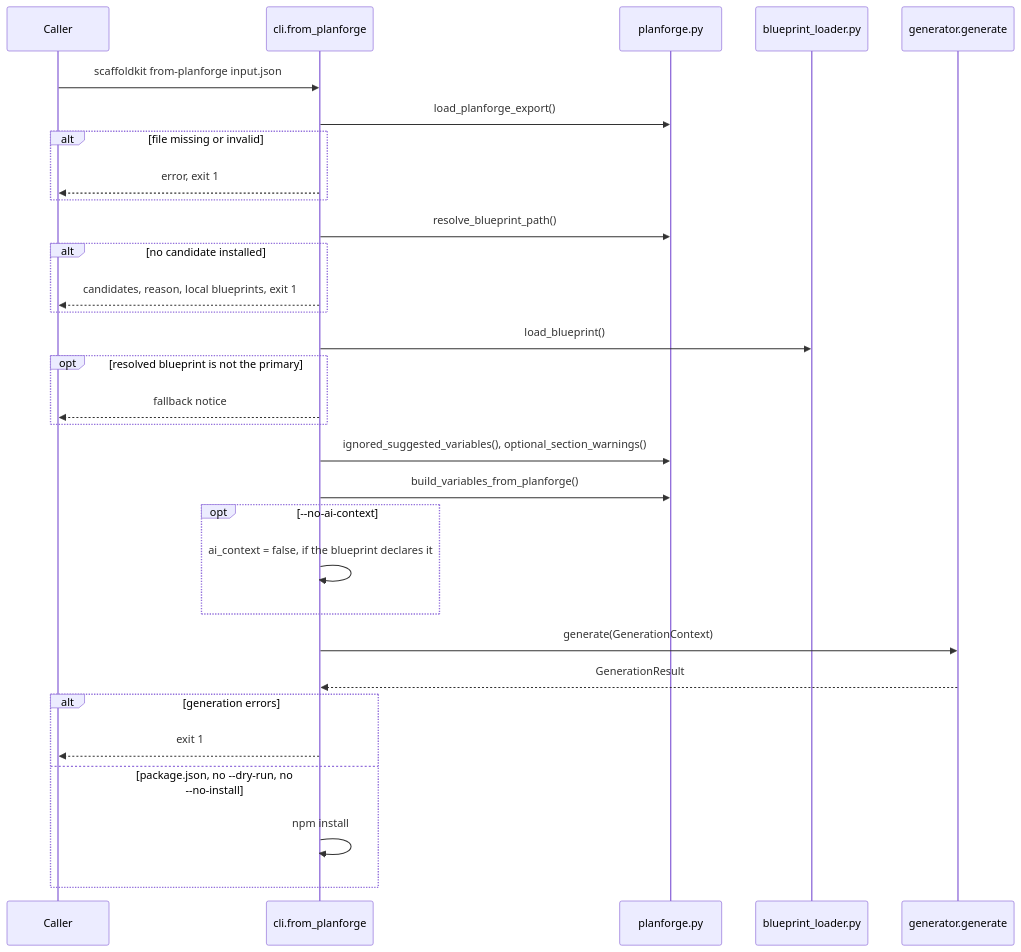
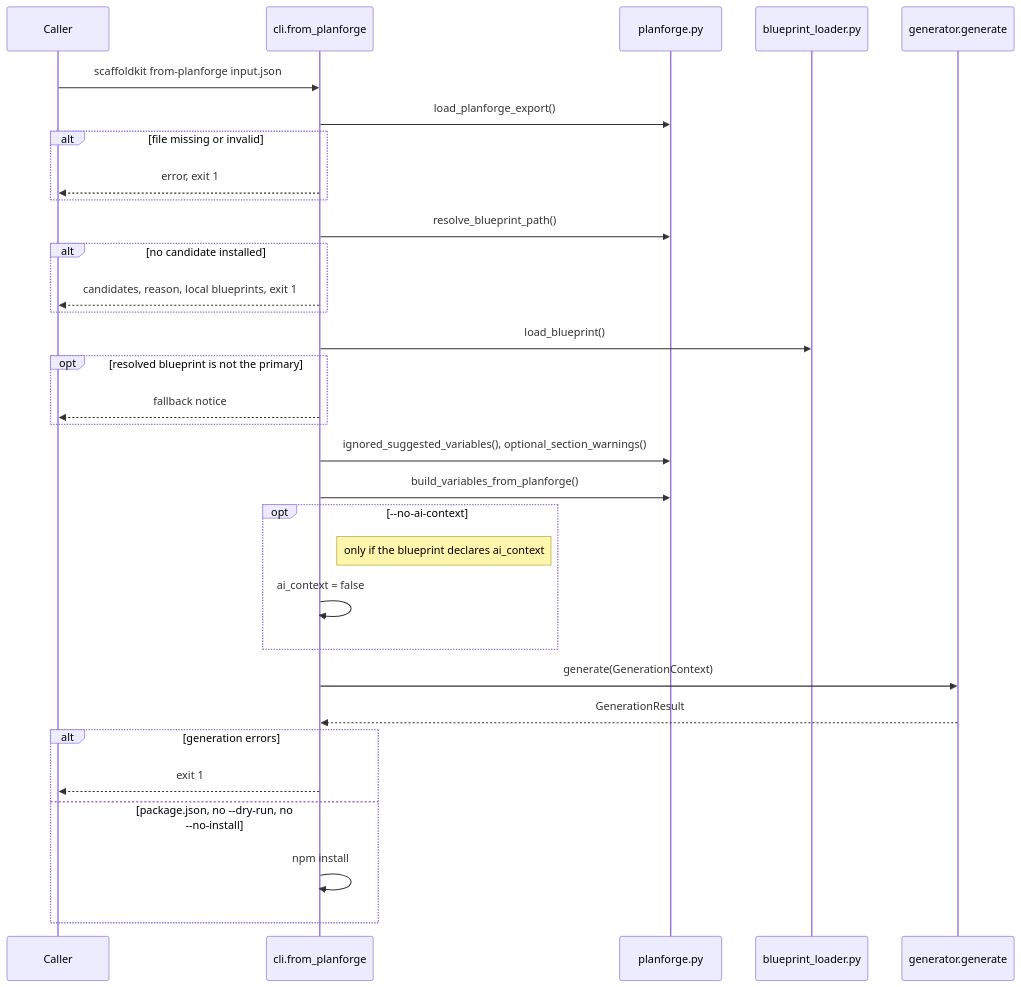
The diagram in docs/planforge-integration.md (LanNguyenSi/scaffoldkit), drawn with Mermaid before and after one commit. The commit also changed 3 other files, not shown here.

````diff
--- a/docs/planforge-integration.md
+++ b/docs/planforge-integration.md
@@ -19,33 +19,34 @@
 ```mermaid
 sequenceDiagram
     participant U as Caller
     participant CLI as cli.from_planforge
     participant PF as planforge.py
     participant L as blueprint_loader.py
     participant G as generator.generate
     U->>CLI: scaffoldkit from-planforge input.json
     CLI->>PF: load_planforge_export()
     alt file missing or invalid
         CLI-->>U: error, exit 1
     end
     CLI->>PF: resolve_blueprint_path()
     alt no candidate installed
         CLI-->>U: candidates, reason, local blueprints, exit 1
     end
     CLI->>L: load_blueprint()
     opt resolved blueprint is not the primary
         CLI-->>U: fallback notice
     end
     CLI->>PF: ignored_suggested_variables(), optional_section_warnings()
     CLI->>PF: build_variables_from_planforge()
     opt --no-ai-context
-        CLI->>CLI: ai_context = false, if the blueprint declares it
+        Note right of CLI: only if the blueprint declares ai_context
+        CLI->>CLI: ai_context = false
     end
     CLI->>G: generate(GenerationContext)
     G-->>CLI: GenerationResult
     alt generation errors
         CLI-->>U: exit 1
     else package.json, no --dry-run, no --no-install
         CLI->>CLI: npm install
     end
 ```
````
